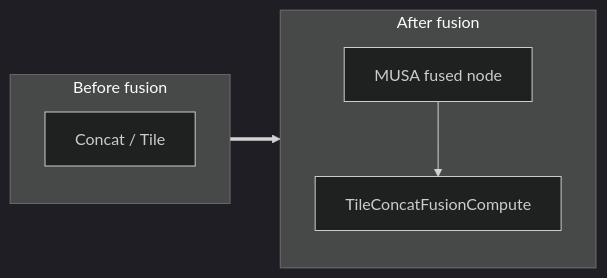
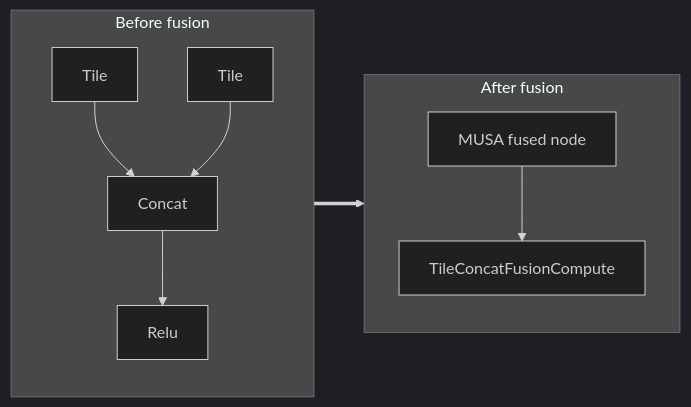
One commit to MooreThreads/onnxruntime-musa changed the diagram in musa/docs/fusion/tile_concat.md. Above: the diagram before and after it, drawn with Mermaid (dark theme). The commit also changed other lines of this file and 13 other files, not shown here.

````diff
--- a/musa/docs/fusion/tile_concat.md
+++ b/musa/docs/fusion/tile_concat.md
@@ -22,12 +23,18 @@
 ```mermaid
 flowchart LR
   subgraph Before[Before fusion]
-    B0["Concat / Tile"]
+    B0["Tile"]
+    B1["Tile"]
+    B2["Concat"]
+    B3["Relu"]
+    B0 --> B2
+    B1 --> B2
+    B2 --> B3
   end
   subgraph After[After fusion]
     A0["MUSA fused node"]
     A1["TileConcatFusionCompute"]
     A0 --> A1
   end
   Before ==> After
 ```
````
